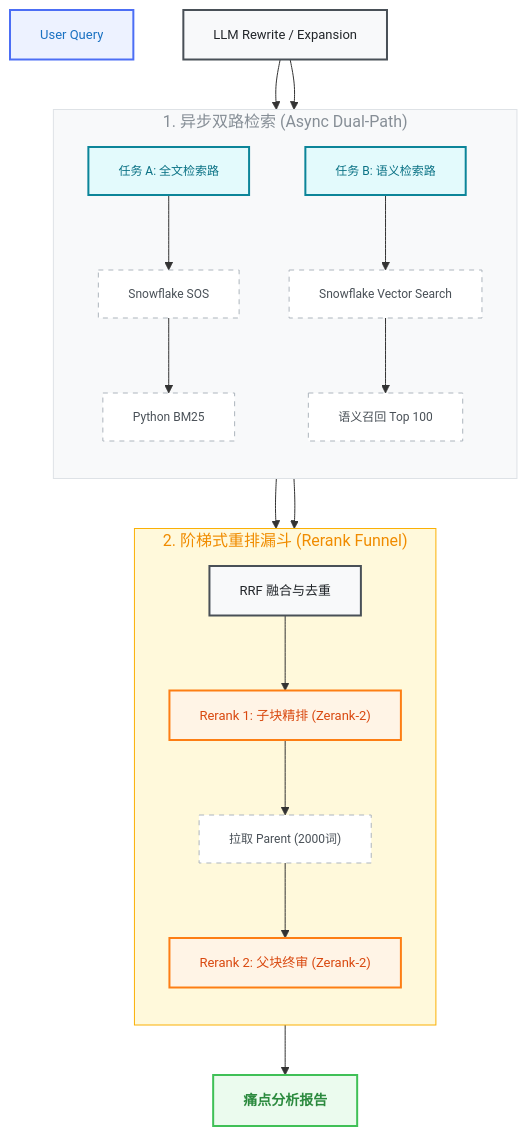
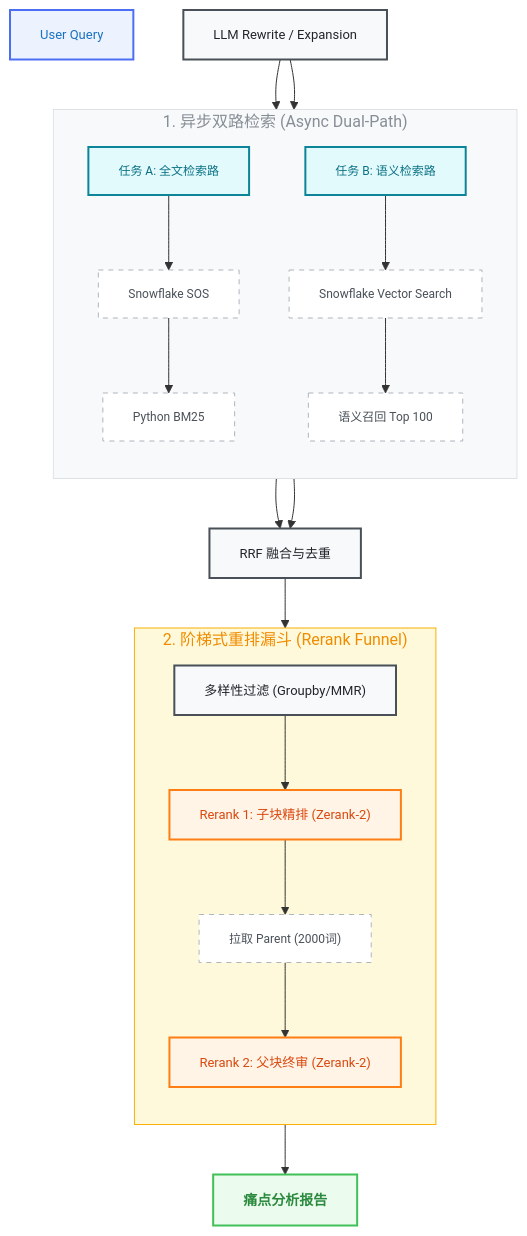
The diagram in RAG_Architecture_Design.md (dataelvisliang/RAG-Architecture-Design-Transcript), drawn with Mermaid before and after one commit. The commit also changed other lines of this file and 1 other file, not shown here.

Commit message:
Add Semantic Diversity Strategy (MMR vs Groupby) and update architecture diagram

````diff
--- a/RAG_Architecture_Design.md
+++ b/RAG_Architecture_Design.md
@@ -7,49 +7,51 @@
 ```mermaid
 graph TD
     %% Node Definitions
     UserQuery["User Query"]:::input
     LLM_Rewrite["LLM Rewrite / Expansion"]:::process
     
     subgraph Retrieval_Stage["1. 异步双路检索 (Async Dual-Path)"]
         direction TB
         TaskA["任务 A: 全文检索路"]:::subtask
         TaskB["任务 B: 语义检索路"]:::subtask
         
         SOS["Snowflake SOS"]:::internal
         BM25["Python BM25"]:::internal
         VectorSearch["Snowflake Vector Search"]:::internal
         SemanticTop["语义召回 Top 100"]:::internal
         
         TaskA --> SOS --> BM25
         TaskB --> VectorSearch --> SemanticTop
     end
 
     LLM_Rewrite --> TaskA
     LLM_Rewrite --> TaskB
     
     BM25 --> RRF["RRF 融合与去重"]:::process
     SemanticTop --> RRF
     
+    RRF --> DiversityFilter["多样性过滤 (Groupby/MMR)"]:::process
+
     subgraph Rerank_Funnel["2. 阶梯式重排漏斗 (Rerank Funnel)"]
         direction TB
         Rerank1["Rerank 1: 子块精排 (Zerank-2)"]:::rerank
         PullParent["拉取 Parent (2000词)"]:::internal
         Rerank2["Rerank 2: 父块终审 (Zerank-2)"]:::rerank
         
-        RRF --> Rerank1 --> PullParent --> Rerank2
+        DiversityFilter --> Rerank1 --> PullParent --> Rerank2
     end
     
     Rerank2 --> FinalOutput["痛点分析报告"]:::output
 
     %% Class Definitions for Premium Look
     classDef input fill:#EDF2FF,stroke:#4C6EF5,stroke-width:2px,color:#1971C2,font-size:13px;
     classDef process fill:#F8F9FA,stroke:#495057,stroke-width:2px,color:#212529,font-size:13px;
     classDef subtask fill:#E3FAFC,stroke:#0C8599,stroke-width:2px,color:#0B7285,font-size:12px;
     classDef internal fill:#FFF,stroke:#ADB5BD,stroke-width:1px,color:#495057,font-size:12px,stroke-dasharray: 5 5;
     classDef rerank fill:#FFF4E6,stroke:#FD7E14,stroke-width:2px,color:#D9480F,font-size:13px;
     classDef output fill:#EBFBEE,stroke:#40C057,stroke-width:2px,color:#2B8A3E,font-size:14px,font-weight:bold;
 
     %% Subgraph Styling
     style Retrieval_Stage fill:#f8f9fa,stroke:#dee2e6,stroke-width:1px,color:#868e96
     style Rerank_Funnel fill:#fff9db,stroke:#fab005,stroke-width:1px,color:#f08c00
 ```
````
